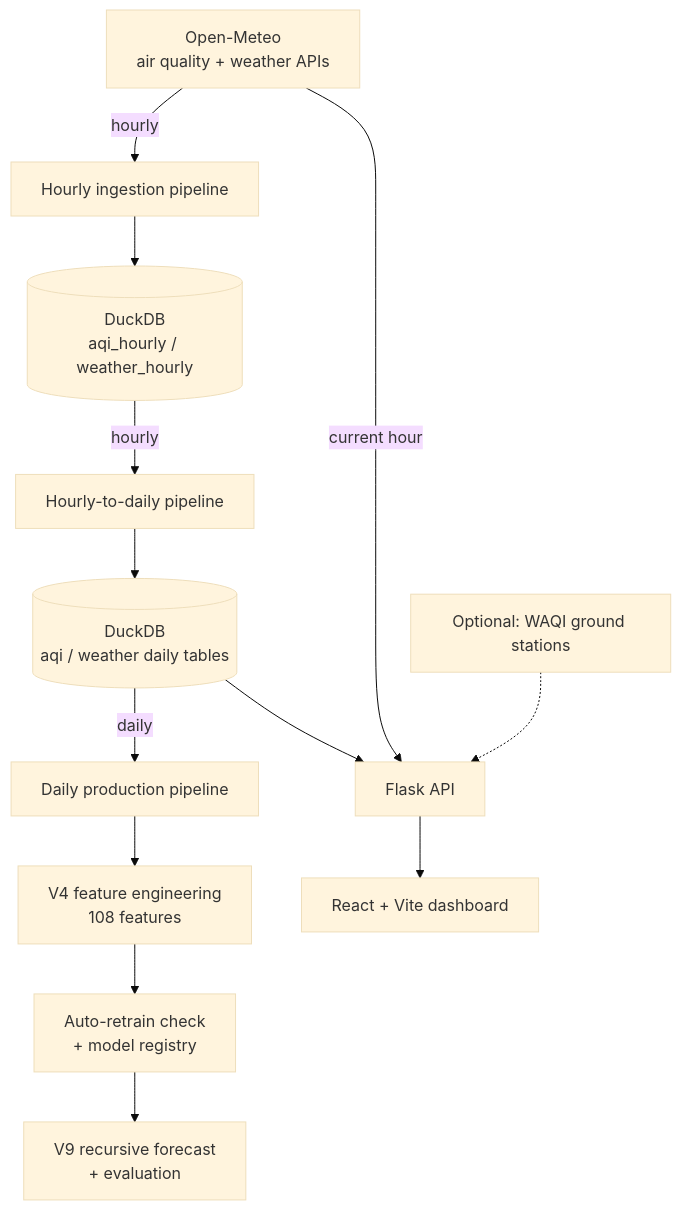
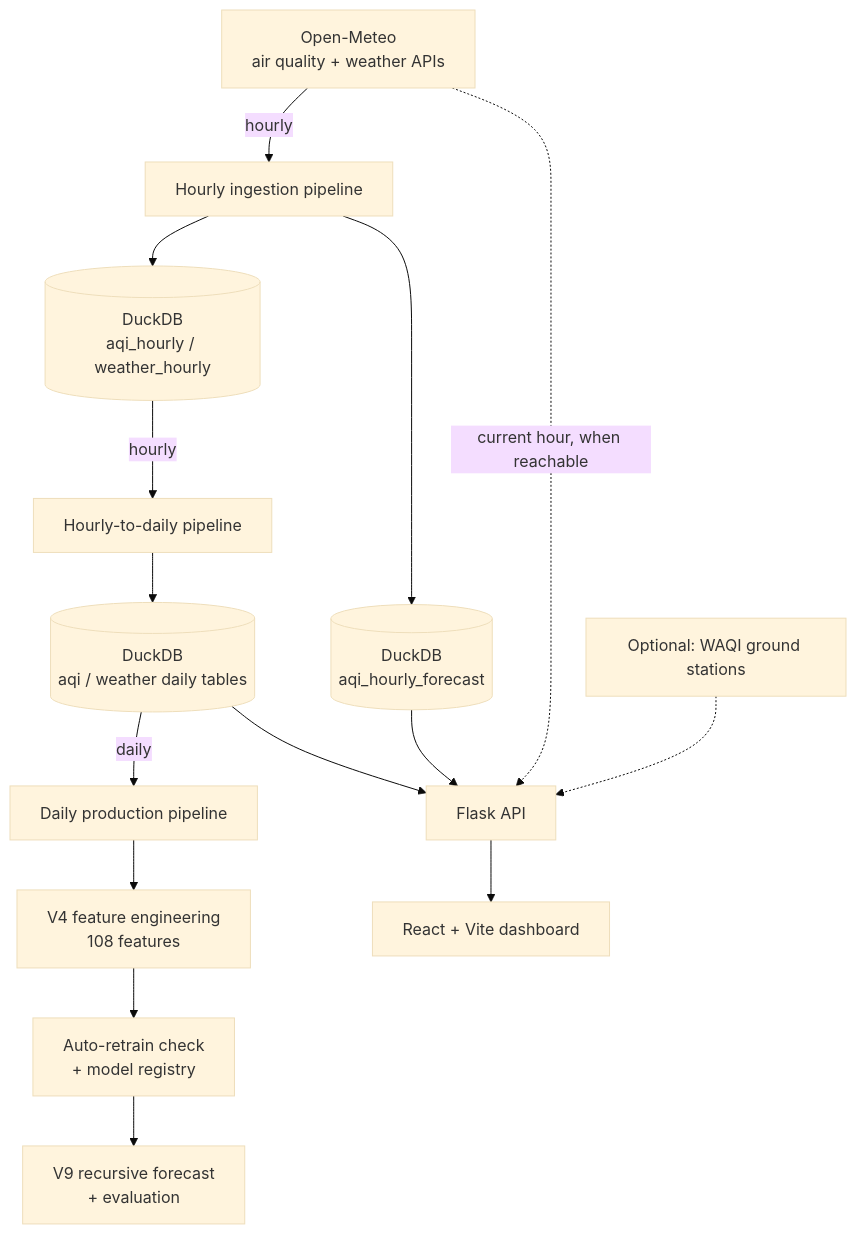
The diagram in README.md (VrdaRehman01/PEARLSAQI), drawn with Mermaid (base theme) before and after one commit. The commit also changed other lines of this file and 39 other files, not shown here.

````diff
--- a/README.md
+++ b/README.md
@@ -135,17 +139,19 @@
 ```mermaid
 flowchart TD
     A[Open-Meteo<br/>air quality + weather APIs] -->|hourly| B[Hourly ingestion pipeline]
     B --> C[(DuckDB<br/>aqi_hourly / weather_hourly)]
+    B --> C2[(DuckDB<br/>aqi_hourly_forecast)]
     C -->|hourly| D[Hourly-to-daily pipeline]
     D --> E[(DuckDB<br/>aqi / weather daily tables)]
 
     E -->|daily| F[Daily production pipeline]
     F --> G[V4 feature engineering<br/>108 features]
     G --> H[Auto-retrain check<br/>+ model registry]
     H --> I[V9 recursive forecast<br/>+ evaluation]
 
     E --> J[Flask API]
-    A -->|current hour| J
+    C2 --> J
+    A -.->|current hour, when reachable| J
     K[Optional: WAQI ground stations] -.-> J
     J --> L[React + Vite dashboard]
 ```
````
